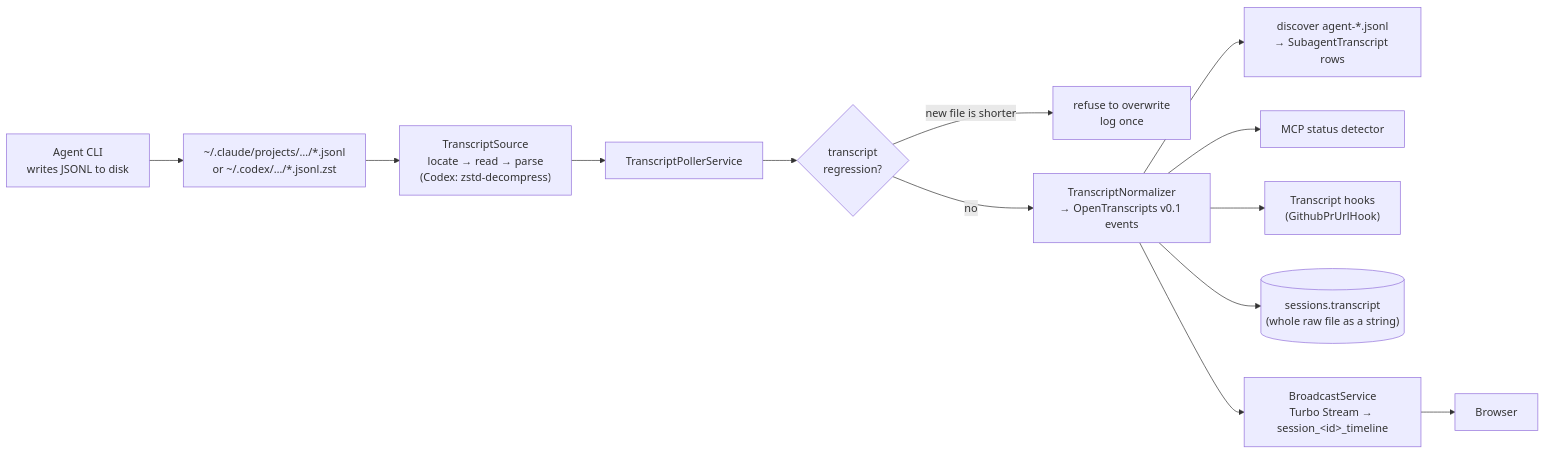
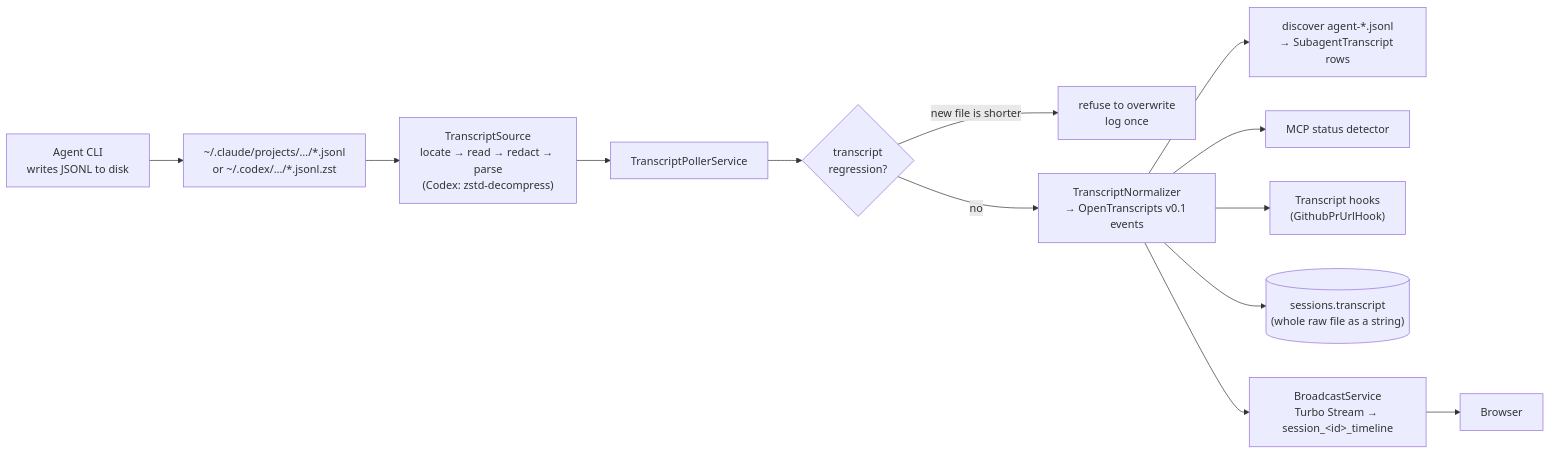
The diagram in docs/src/content/docs/sessions/transcripts.md (tadasant/zimmer), drawn with Mermaid before and after one commit. The commit also changed other lines of this file and 23 other files, not shown here.

````diff
--- a/docs/src/content/docs/sessions/transcripts.md
+++ b/docs/src/content/docs/sessions/transcripts.md
@@ -13,15 +13,15 @@
 ```mermaid
 flowchart LR
     CLI["Agent CLI<br/>writes JSONL to disk"] --> F["~/.claude/projects/…/*.jsonl<br/>or ~/.codex/…/*.jsonl.zst"]
-    F --> TS["TranscriptSource<br/>locate → read → parse<br/>(Codex: zstd-decompress)"]
+    F --> TS["TranscriptSource<br/>locate → read → redact → parse<br/>(Codex: zstd-decompress)"]
     TS --> TP["TranscriptPollerService"]
     TP --> RG{"transcript<br/>regression?"}
     RG -->|"new file is shorter"| SKIP["refuse to overwrite<br/>log once"]
     RG -->|no| NM["TranscriptNormalizer<br/>→ OpenTranscripts v0.1 events"]
     NM --> SUB["discover agent-*.jsonl<br/>→ SubagentTranscript rows"]
     NM --> MCP["MCP status detector"]
     NM --> HK["Transcript hooks<br/>(GithubPrUrlHook)"]
     NM --> DB[("sessions.transcript<br/>(whole raw file as a string)")]
     NM --> BC["BroadcastService<br/>Turbo Stream → session_&lt;id&gt;_timeline"]
     BC --> UI["Browser"]
 ```
````
